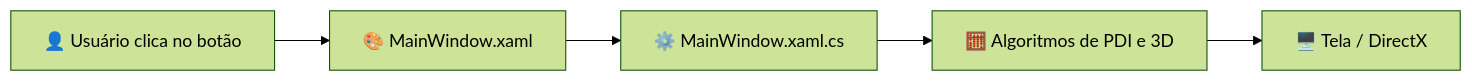
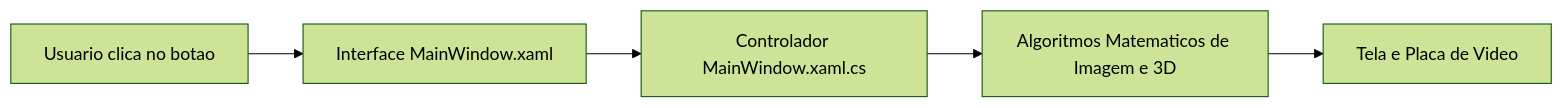
Before and after one commit to Gabriel-Freitas-S/CGPDI.StudyLab: the diagram in docs/src/content/docs/iniciantes/o-que-e-dotnet-csharp.md, drawn with Mermaid (forest theme). The commit also changed other lines of this file and 35 other files, not shown here.

Commit message:
docs: aprimorar linguagem didatica e suporte nativo a diagramas Mermaid

````diff
--- a/docs/src/content/docs/iniciantes/o-que-e-dotnet-csharp.md
+++ b/docs/src/content/docs/iniciantes/o-que-e-dotnet-csharp.md
@@ -58,7 +58,7 @@
 ```mermaid
 graph LR
-    User[👤 Usuário clica no botão] --> XAML[🎨 MainWindow.xaml]
-    XAML --> CodeBehind[⚙️ MainWindow.xaml.cs]
-    CodeBehind --> Algorithms[🧮 Algoritmos de PDI e 3D]
-    Algorithms --> GPU[🖥️ Tela / DirectX]
+    User[Usuario clica no botao] --> XAML[Interface MainWindow.xaml]
+    XAML --> CodeBehind[Controlador MainWindow.xaml.cs]
+    CodeBehind --> Algorithms[Algoritmos Matematicos de Imagem e 3D]
+    Algorithms --> GPU[Tela e Placa de Video]
 ```
````
